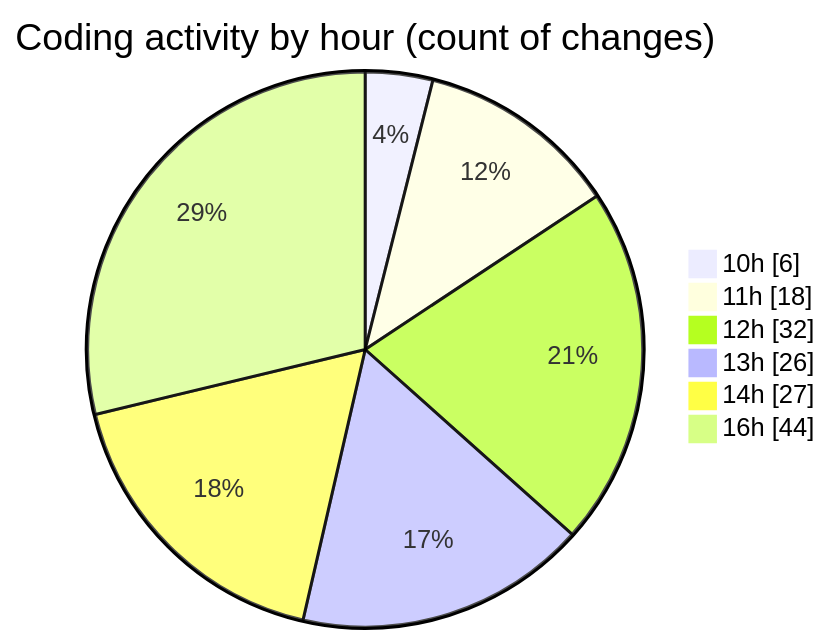
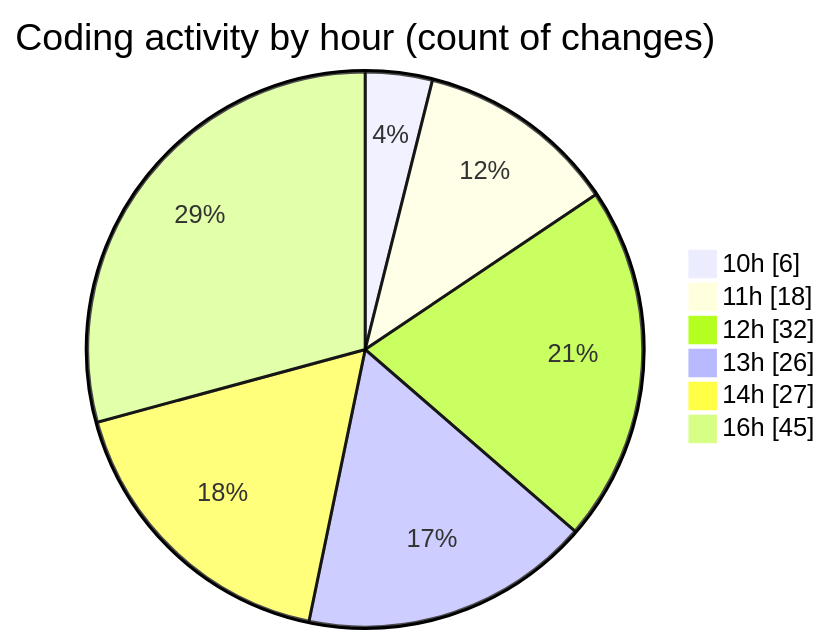
Before and after one commit to momahboobian/code-tracking: the second of 2 diagrams in 2026-09-03/cda/README.md, drawn with Mermaid. The commit also changed other lines of this file and 1 other file, not shown here.

````diff
--- a/2026-09-03/cda/README.md
+++ b/2026-09-03/cda/README.md
@@ -98,10 +98,10 @@
 ```mermaid
 pie showData
 title Coding activity by hour (count of changes)
 "10h" : 6
 "11h" : 18
 "12h" : 32
 "13h" : 26
 "14h" : 27
-"16h" : 44
+"16h" : 45
 ```
````
